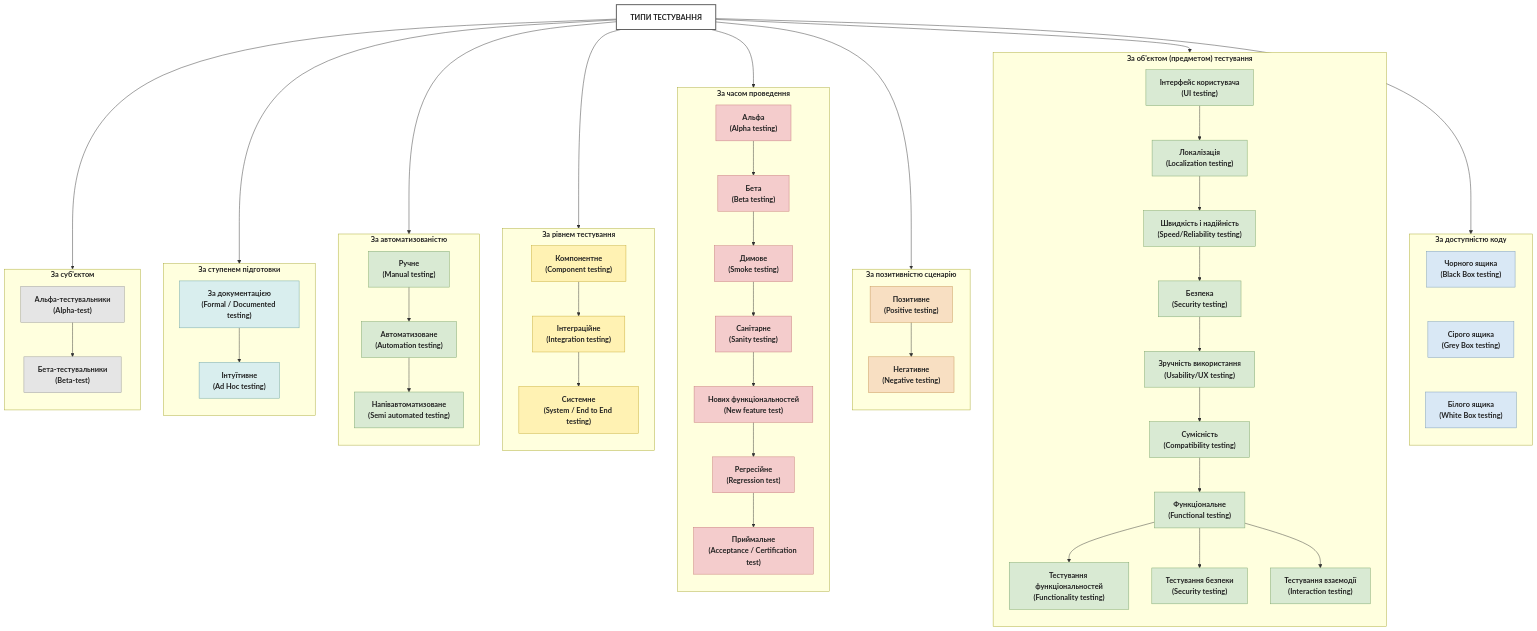
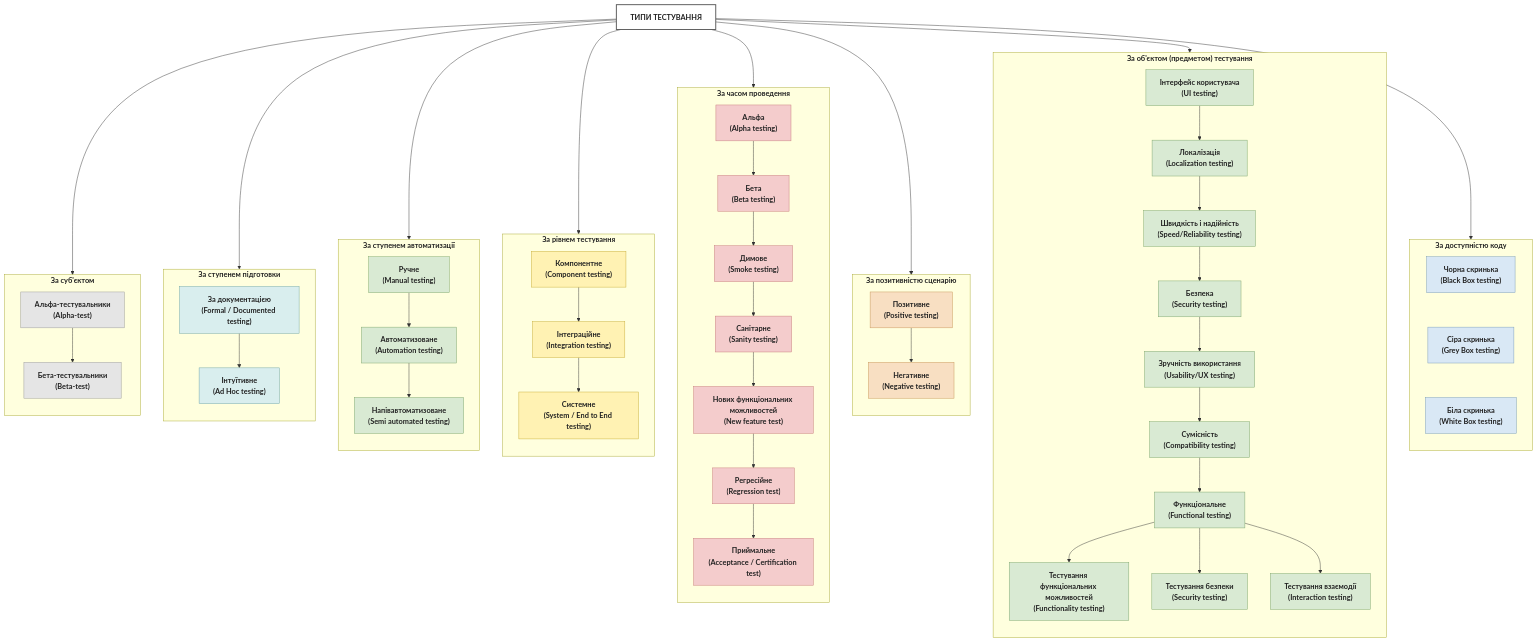
Before and after one commit to STT-VITI-22/stt-handbook: the diagram in dist/Частина 2/Базова теорія тестування/Глава 6/Типи тестування.md, drawn with Mermaid. The commit also changed other lines of this file, not shown here.

```diff
--- a/dist/Частина 2/Базова теорія тестування/Глава 6/Типи тестування.md
+++ b/dist/Частина 2/Базова теорія тестування/Глава 6/Типи тестування.md
@@ -38,9 +38,9 @@
     %% =========================
     subgraph CODE["За доступністю коду"]
         direction TB
-        BLACK["Чорного ящика<br/>(Black Box testing)"]
-        GREY["Сірого ящика<br/>(Grey Box testing)"]
-        WHITE["Білого ящика<br/>(White Box testing)"]
+        BLACK["Чорна скринька<br/>(Black Box testing)"]
+        GREY["Сіра скринька<br/>(Grey Box testing)"]
+        WHITE["Біла скринька<br/>(White Box testing)"]
     end
 
     %% =========================
@@ -57,7 +57,7 @@
 
         FUNC["Функціональне<br/>(Functional testing)"]
 
-        FUNC_FEATURE["Тестування функціональностей<br/>(Functionality testing)"]
+        FUNC_FEATURE["Тестування функціональних можливостей<br/>(Functionality testing)"]
         FUNC_SECURITY["Тестування безпеки<br/>(Security testing)"]
         FUNC_INTERACTION["Тестування взаємодії<br/>(Interaction testing)"]
     end
@@ -80,7 +80,7 @@
         BETA["Бета<br/>(Beta testing)"]
         SMOKE["Димове<br/>(Smoke testing)"]
         SANITY["Санітарне<br/>(Sanity testing)"]
-        NEWFUNC["Нових функціональностей<br/>(New feature test)"]
+        NEWFUNC["Нових функціональних можливостей<br/>(New feature test)"]
         REG["Регресійне<br/>(Regression test)"]
         ACCEPT["Приймальне<br/>(Acceptance / Certification test)"]
     end
@@ -96,9 +96,9 @@
     end
 
     %% =========================
-    %% 6. За автоматизованістю
+    %% 6. За ступенем автоматизації
     %% =========================
-    subgraph AUTO["За автоматизованістю"]
+    subgraph AUTO["За ступенем автоматизації"]
         direction TB
         MANUAL["Ручне<br/>(Manual testing)"]
         AUTOMATED["Автоматизоване<br/>(Automation testing)"]
```
